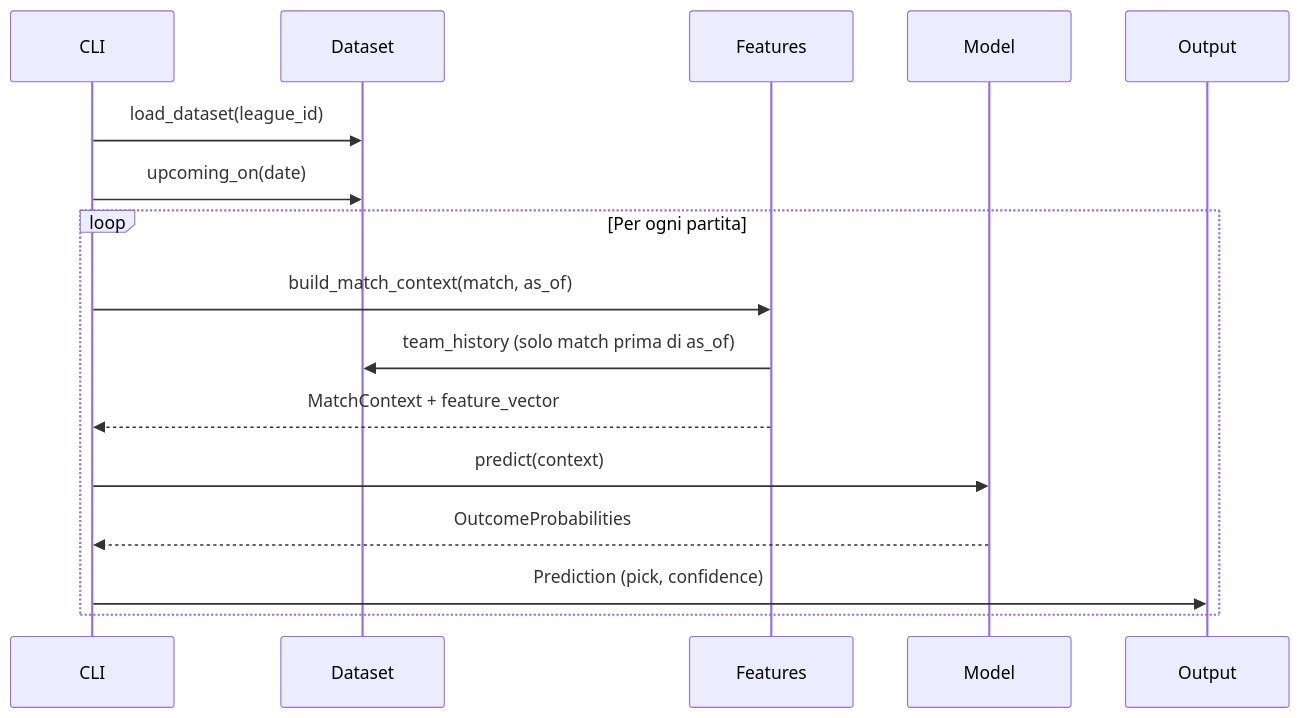
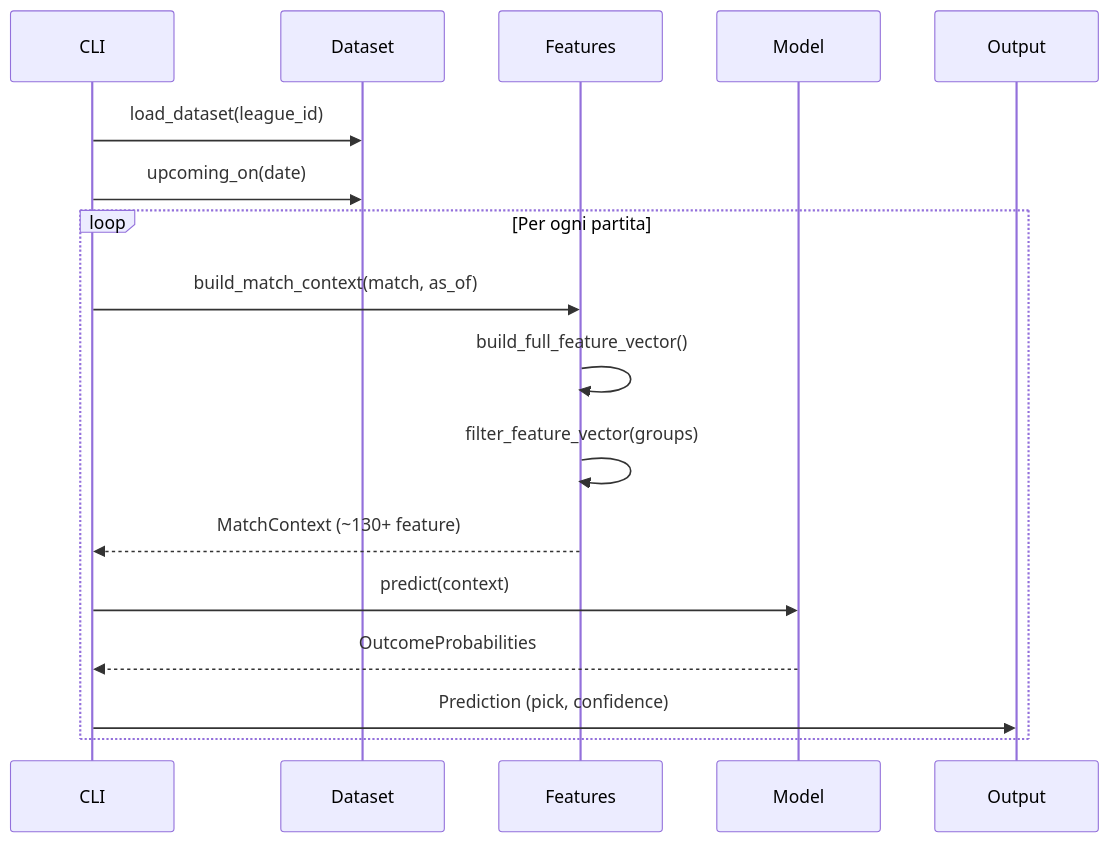
Before and after one commit to dlstrategy/ModelloPrevisionaleCalcistico: the diagram in docs/progetto/ARCHITETTURA.md, drawn with Mermaid. The commit also changed other lines of this file and 41 other files, not shown here.

````diff
--- a/docs/progetto/ARCHITETTURA.md
+++ b/docs/progetto/ARCHITETTURA.md
@@ -60,19 +66,20 @@
 ```mermaid
 sequenceDiagram
     participant CLI
     participant Dataset
     participant Features
     participant Model
     participant Output
 
     CLI->>Dataset: load_dataset(league_id)
     CLI->>Dataset: upcoming_on(date)
     loop Per ogni partita
         CLI->>Features: build_match_context(match, as_of)
-        Features->>Dataset: team_history (solo match prima di as_of)
-        Features-->>CLI: MatchContext + feature_vector
+        Features->>Features: build_full_feature_vector()
+        Features->>Features: filter_feature_vector(groups)
+        Features-->>CLI: MatchContext (~130+ feature)
         CLI->>Model: predict(context)
         Model-->>CLI: OutcomeProbabilities
         CLI->>Output: Prediction (pick, confidence)
     end
 ```
````
